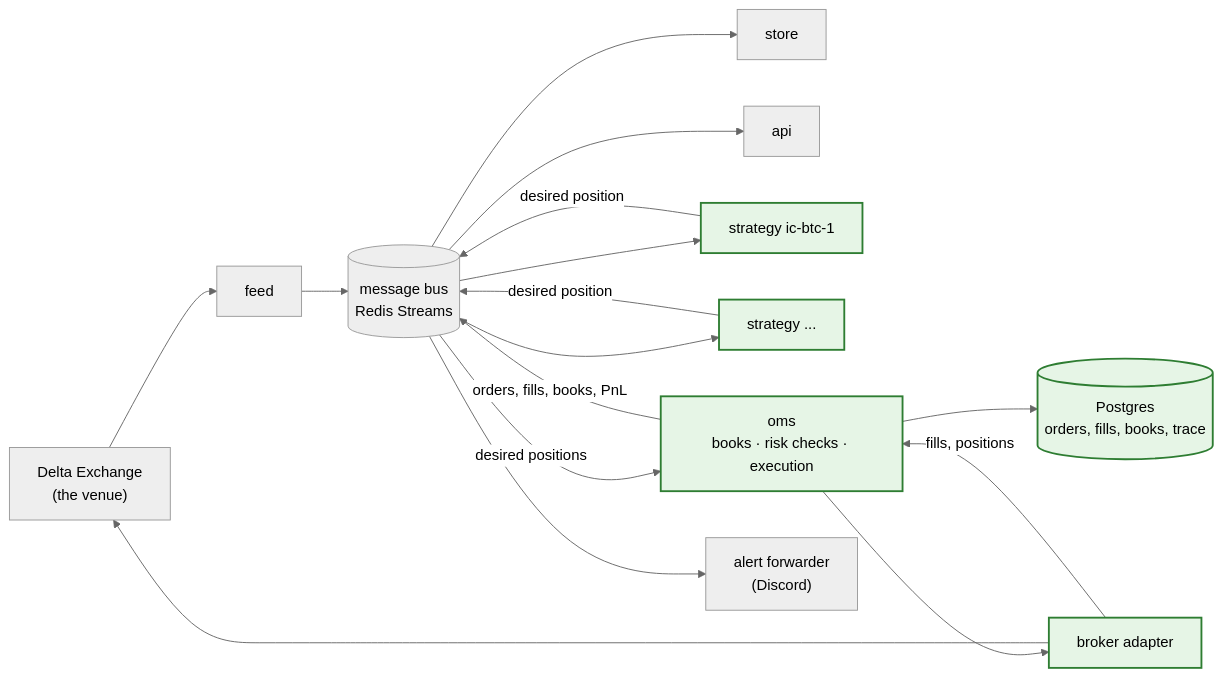
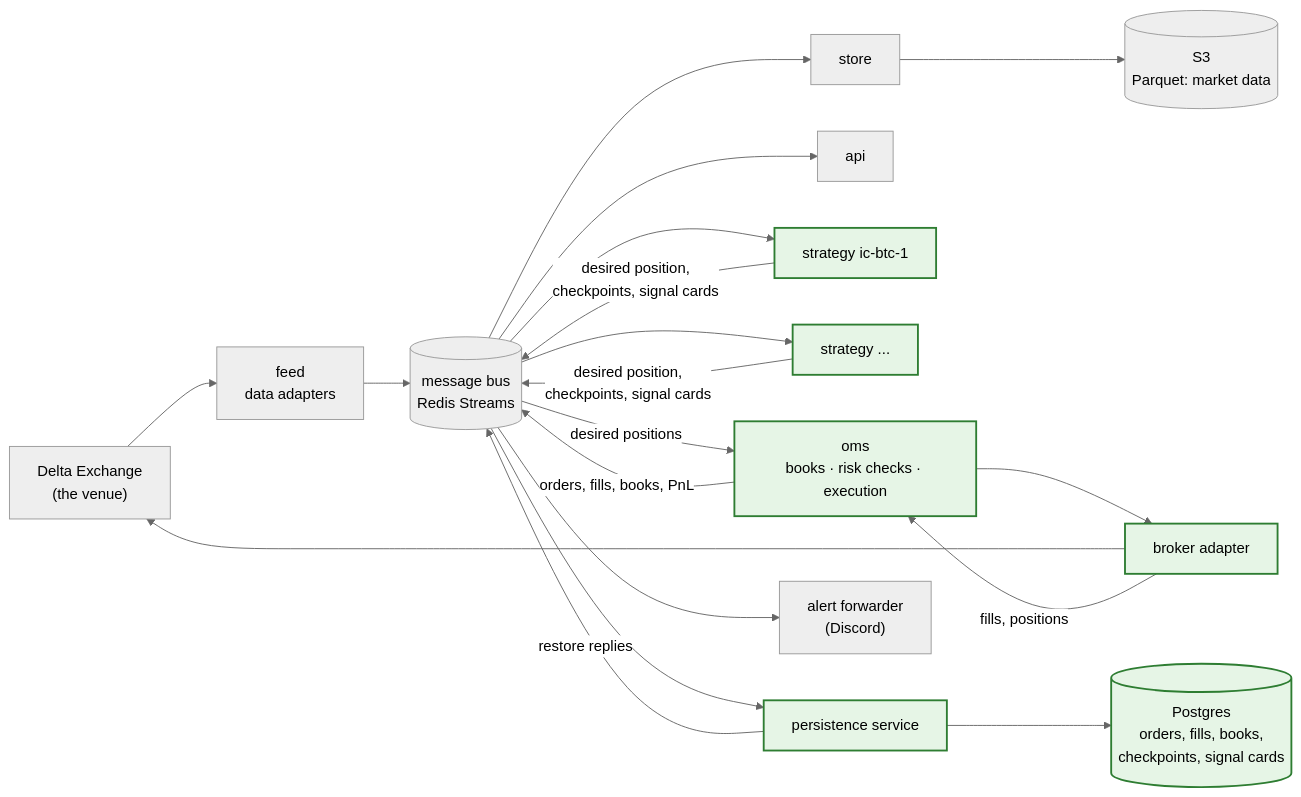
Before and after one commit to lalitkarthik/delta-exchange-payoff: the diagram in docs/design/execution/00-overview.md, drawn with Mermaid (neutral theme). The commit also changed other lines of this file and 10 other files, not shown here.

Commit message:
The execution design gains a persistence service, a data-feed page, strategy checkpoints and a reconciliation that repairs

````diff
--- a/docs/design/execution/00-overview.md
+++ b/docs/design/execution/00-overview.md
@@ -23,27 +23,30 @@
 ```mermaid
 flowchart LR
   V["Delta Exchange<br/>(the venue)"]
-  F["feed"]
+  F["feed<br/>data adapters"]
   BUS[("message bus<br/>Redis Streams")]
   ST["store"]
+  S3[("S3<br/>Parquet: market data")]
   API["api"]
   S1["strategy ic-btc-1"]
   S2["strategy ..."]
   OMS["oms<br/>books · risk checks · execution"]
   BA["broker adapter"]
-  PG[("Postgres<br/>orders, fills, books, trace")]
+  PS["persistence service"]
+  PG[("Postgres<br/>orders, fills, books,<br/>checkpoints, signal cards")]
   DC["alert forwarder<br/>(Discord)"]
   V --> F --> BUS
-  BUS --> ST
+  BUS --> ST --> S3
   BUS --> API
   BUS --> S1 & S2
-  S1 & S2 -- "desired position" --> BUS
+  S1 & S2 -- "desired position,<br/>checkpoints, signal cards" --> BUS
   BUS -- "desired positions" --> OMS
   OMS --> BA --> V
   BA -- "fills, positions" --> OMS
   OMS -- "orders, fills, books, PnL" --> BUS
-  OMS --> PG
+  BUS --> PS --> PG
+  PS -- "restore replies" --> BUS
   BUS --> DC
   classDef new fill:#e6f5e6,stroke:#2e7d32,stroke-width:2px
-  class S1,S2,OMS,BA,PG new
+  class S1,S2,OMS,BA,PS,PG new
 ```
````
